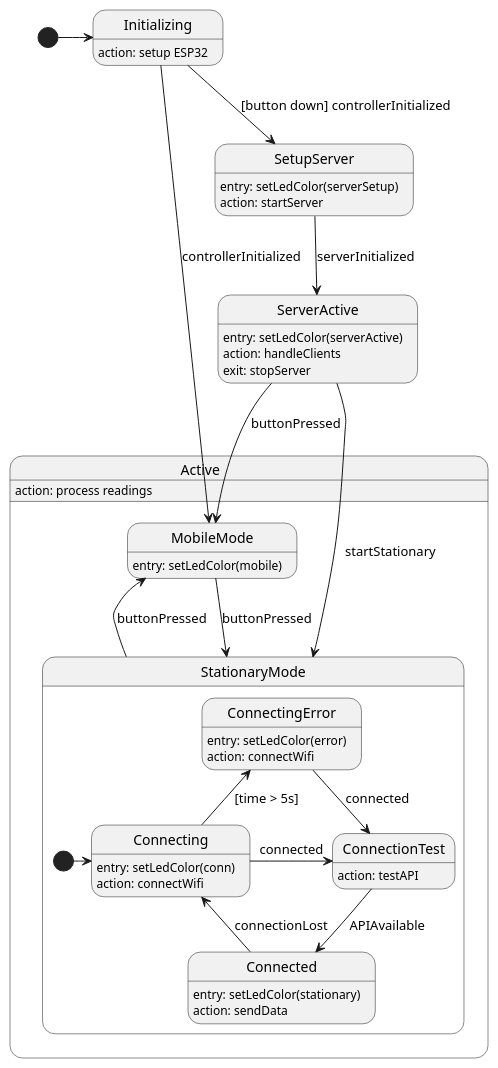
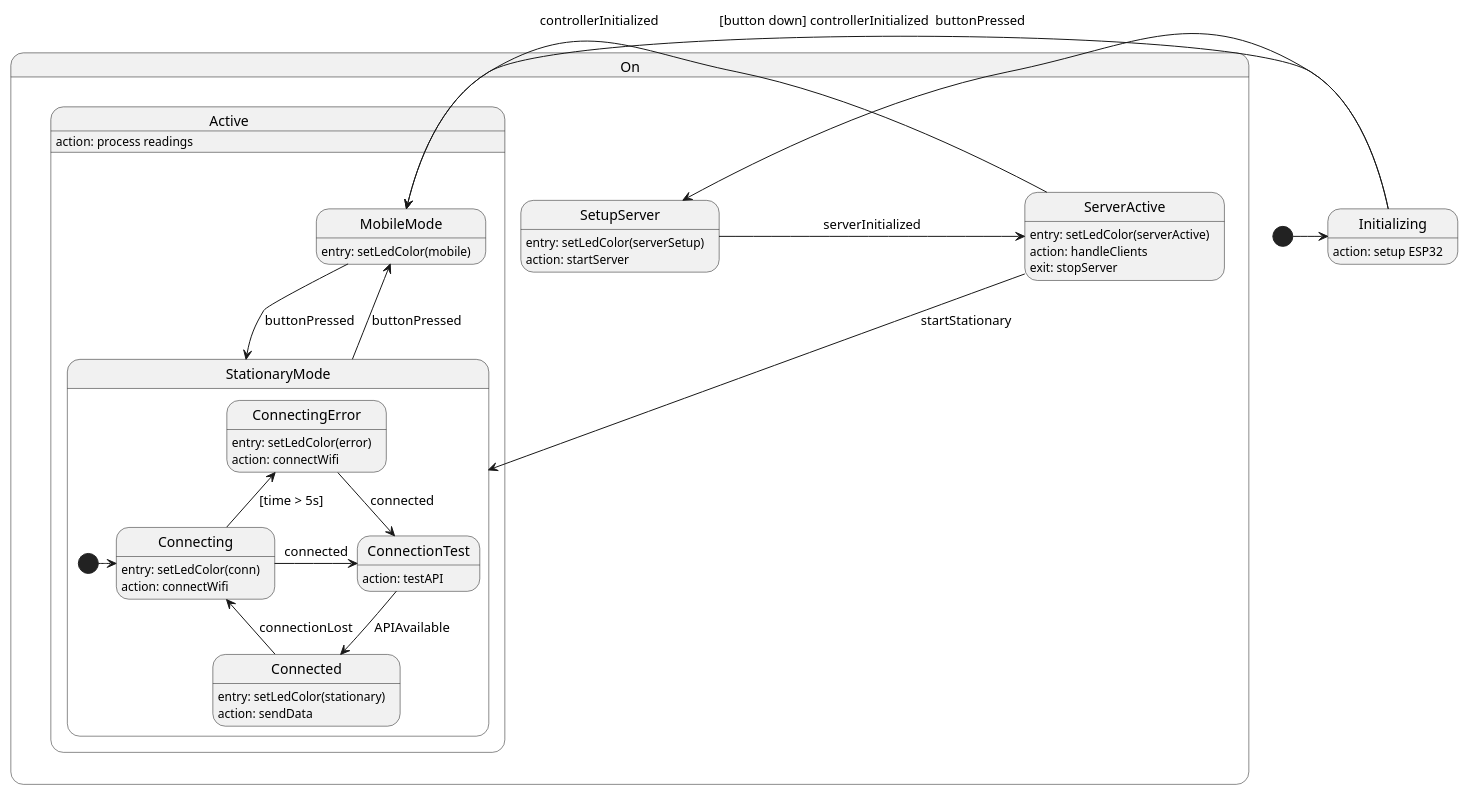
One commit to Safecast/bGeigieCast changed the diagram in designs/diagrams/esp-states.puml. Above: the diagram before and after it, drawn with PlantUML. The commit also changed 24 other files, not shown here.

```diff
--- a/designs/diagrams/esp-states.puml
+++ b/designs/diagrams/esp-states.puml
@@ -1,61 +1,66 @@
 @startuml
 
 State Initializing
 Initializing: action: setup ESP32
-state SetupServer
-SetupServer: entry: setLedColor(serverSetup)
-SetupServer: action: startServer
-state ServerActive
-ServerActive: entry: setLedColor(serverActive)
-ServerActive: action: handleClients
-ServerActive: exit: stopServer
-State Active
-Active: action: process readings
+
+state On {
+
+    state SetupServer
+    SetupServer: entry: setLedColor(serverSetup)
+    SetupServer: action: startServer
+    state ServerActive
+    ServerActive: entry: setLedColor(serverActive)
+    ServerActive: action: handleClients
+    ServerActive: exit: stopServer
+    State Active
+    Active: action: process readings
 
 
-state Active {
-    state StationaryMode
-    state MobileMode
-    MobileMode: entry: setLedColor(mobile)
+    state Active {
+        state StationaryMode
+        state MobileMode
+        MobileMode: entry: setLedColor(mobile)
 
-    state StationaryMode {
-        state Connecting
-        Connecting: entry: setLedColor(conn)
-        Connecting: action: connectWifi
-        state ConnectingError
-        ConnectingError: entry: setLedColor(error)
-        ConnectingError: action: connectWifi
-        state ConnectionTest
-        ConnectionTest: action: testAPI
-        state Connected
-        Connected: entry: setLedColor(stationary)
-        Connected: action: sendData
+        state StationaryMode {
+            state Connecting
+            Connecting: entry: setLedColor(conn)
+            Connecting: action: connectWifi
+            state ConnectingError
+            ConnectingError: entry: setLedColor(error)
+            ConnectingError: action: connectWifi
+            state ConnectionTest
+            ConnectionTest: action: testAPI
+            state Connected
+            Connected: entry: setLedColor(stationary)
+            Connected: action: sendData
 
-        [*] -> Connecting
-        Connecting -> ConnectionTest : connected
-        ConnectionTest --> Connected : APIAvailable
-        Connected -> Connecting: connectionLost
-        Connecting -u-> ConnectingError : [time > 5s]
-        ConnectingError -d-> ConnectionTest: connected
+            [*] -> Connecting
+            Connecting -> ConnectionTest : connected
+            ConnectionTest --> Connected : APIAvailable
+            Connected -> Connecting: connectionLost
+            Connecting -u-> ConnectingError : [time > 5s]
+            ConnectingError -d-> ConnectionTest: connected
+        }
+
+
+        MobileMode -d-> StationaryMode : buttonPressed
+        StationaryMode -u-> MobileMode : buttonPressed
     }
 
+    SetupServer -> ServerActive : serverInitialized
+    ServerActive -> MobileMode : buttonPressed
+    ServerActive -> StationaryMode : startStationary
 
-    MobileMode -d-> StationaryMode : buttonPressed
-    StationaryMode -u-> MobileMode : buttonPressed
+
 }
-
 [*] -> Initializing
-Initializing --> SetupServer : [button down] controllerInitialized
-Initializing --> MobileMode : controllerInitialized
-
-SetupServer --> ServerActive : serverInitialized
-ServerActive --> MobileMode : buttonPressed
-ServerActive --> StationaryMode : startStationary
+Initializing -> SetupServer : [button down] controllerInitialized
+Initializing -> MobileMode : controllerInitialized
 
 ''' Layout
-Initializing -[hidden]-> Active
+Initializing -[hidden]> On
 MobileMode -[hidden]> StationaryMode
 
 
 
 @enduml
```
